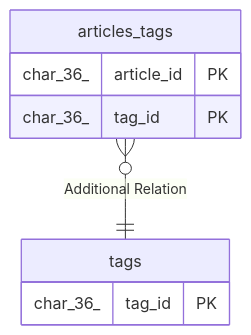
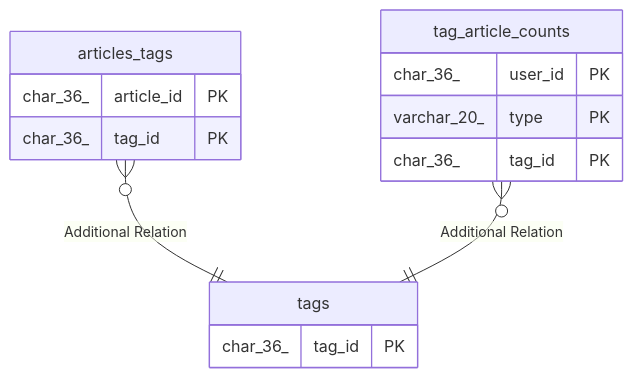
The diagram in docs/source/db/tags.md (shuntaka9576/shuntaka-dev), drawn with Mermaid before and after one commit. The commit also changed other lines of this file and 4 other files, not shown here.

Commit message:
docs: tag_article_counts と階層タグの DB ドキュメントを更新

````diff
--- a/docs/source/db/tags.md
+++ b/docs/source/db/tags.md
@@ -42,13 +46,19 @@
 ```mermaid
 erDiagram
 
 "articles_tags" }o--|| "tags" : "Additional Relation"
+"tag_article_counts" }o--|| "tags" : "Additional Relation"
 
 "tags" {
   char_36_ tag_id PK
 }
 "articles_tags" {
   char_36_ article_id PK
   char_36_ tag_id PK
 }
+"tag_article_counts" {
+  char_36_ user_id PK
+  varchar_20_ type PK
+  char_36_ tag_id PK
+}
 ```
````
